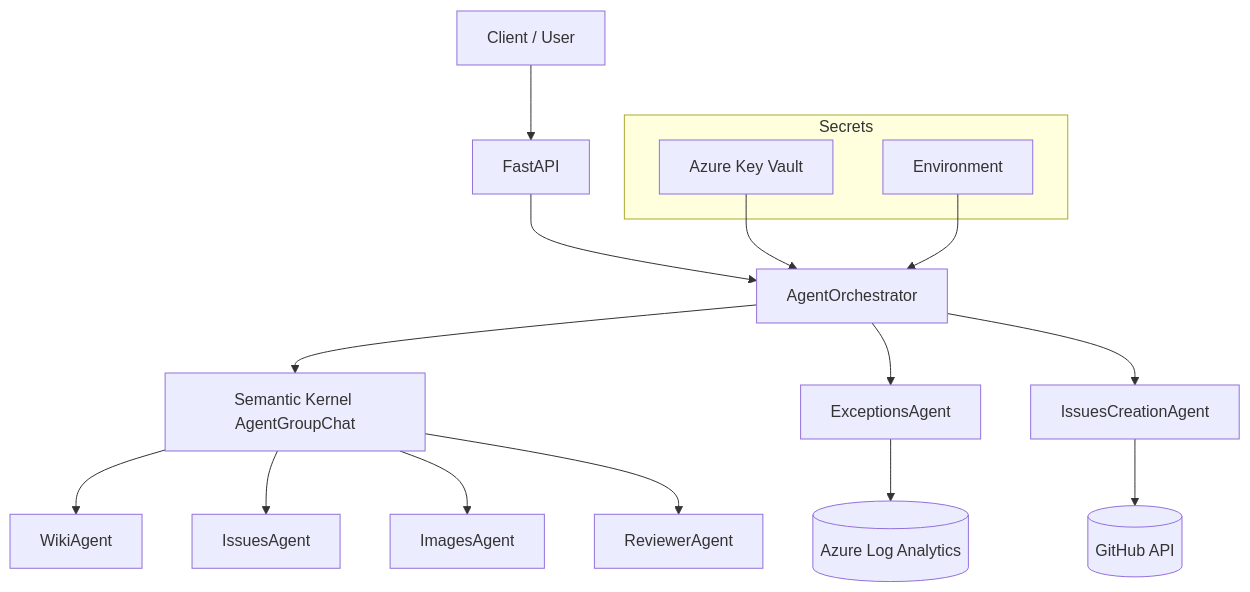
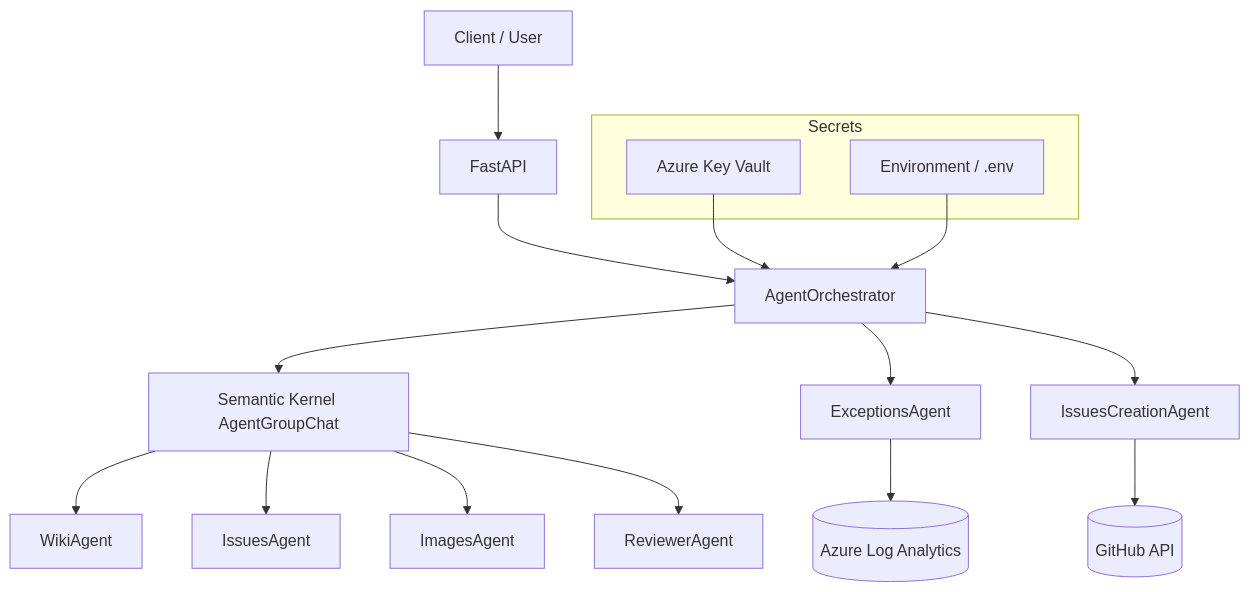
The diagram in docs/architecture.md (Veta-agentic/veta-agents), drawn with Mermaid before and after one commit. The commit also changed other lines of this file and 5 other files, not shown here.

````diff
--- a/docs/architecture.md
+++ b/docs/architecture.md
@@ -18,20 +83,20 @@
 ```mermaid
 graph TD
   A[Client / User] --> B[FastAPI]
   B --> C[AgentOrchestrator]
   C --> D[Semantic Kernel AgentGroupChat]
   D --> W[WikiAgent]
   D --> I[IssuesAgent]
   D --> IMG[ImagesAgent]
   D --> R[ReviewerAgent]
   C --> EX[ExceptionsAgent]
   C --> IC[IssuesCreationAgent]
   EX --> LA[(Azure Log Analytics)]
   IC --> GH[(GitHub API)]
   subgraph Secrets
     KV[Azure Key Vault]
-    ENV[Environment]
+    ENV[Environment / .env]
   end
   KV --> C
   ENV --> C
 ```
````
